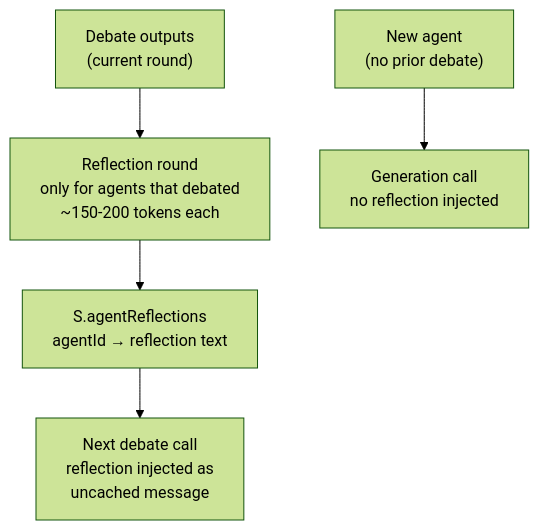
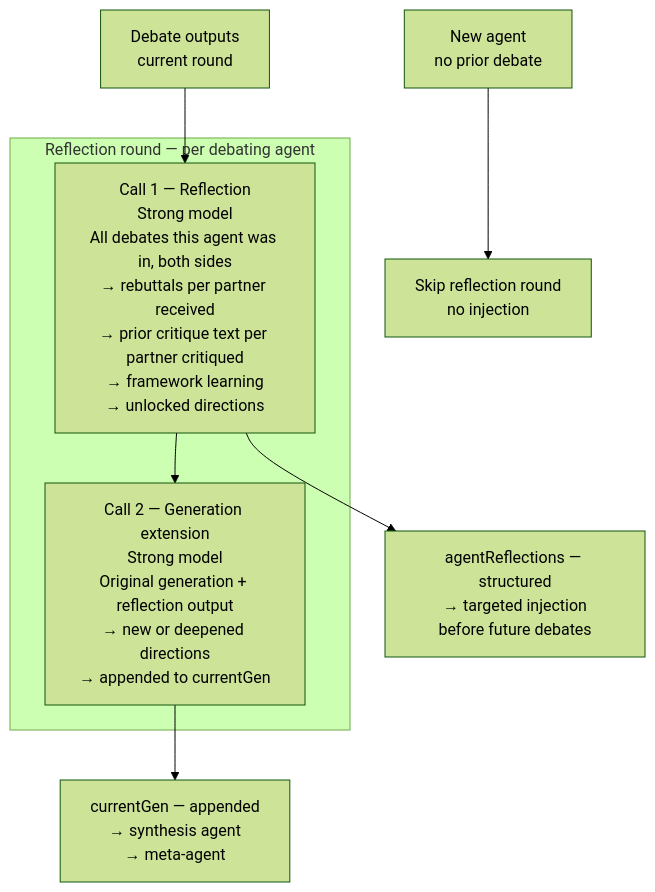
One commit to DBoocock/research-swarm changed the sixth of 6 diagrams in docs/METHODOLOGY.md. Above: the diagram before and after it, drawn with Mermaid (forest theme). The commit also changed other lines of this file, not shown here.

First line of the commit message:
docs: revise METHODOLOGY.md section 9 — full reflection round design

````diff
--- a/docs/METHODOLOGY.md
+++ b/docs/METHODOLOGY.md
@@ -468,7 +506,12 @@
 ```mermaid
 flowchart TD
-    D["Debate outputs\n(current round)"] --> R["Reflection round\nonly for agents that debated\n~150-200 tokens each"]
-    R --> AR["S.agentReflections\nagentId → reflection text"]
-    AR --> DN["Next debate call\nreflection injected as\nuncached message"]
-    NA["New agent\n(no prior debate)"] --> GN["Generation call\nno reflection injected"]
+    subgraph "Reflection round — per debating agent"
+        C1["Call 1 — Reflection\nStrong model\nAll debates this agent was in, both sides\n→ rebuttals per partner received\n→ prior critique text per partner critiqued\n→ framework learning\n→ unlocked directions"]
+        C2["Call 2 — Generation extension\nStrong model\nOriginal generation + reflection output\n→ new or deepened directions\n→ appended to currentGen"]
+        C1 --> C2
+    end
+    D["Debate outputs\ncurrent round"] --> C1
+    C2 --> GEN["currentGen — appended\n→ synthesis agent\n→ meta-agent"]
+    C1 --> REF["agentReflections — structured\n→ targeted injection\nbefore future debates"]
+    NA["New agent\nno prior debate"] --> SKIP["Skip reflection round\nno injection"]
 ```
````
